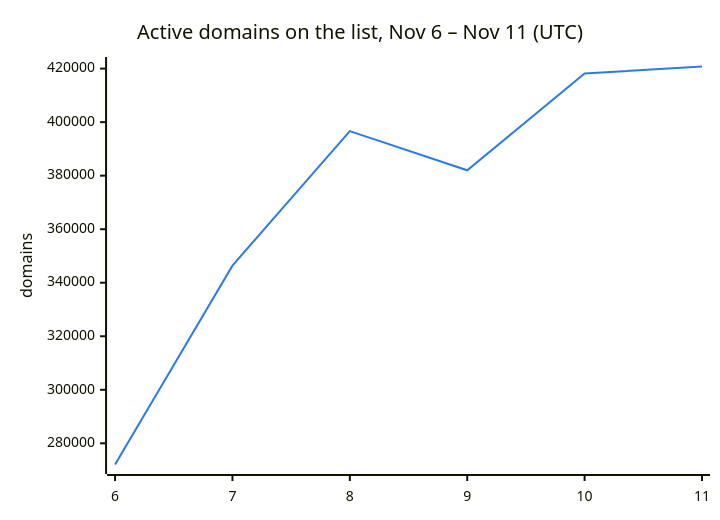
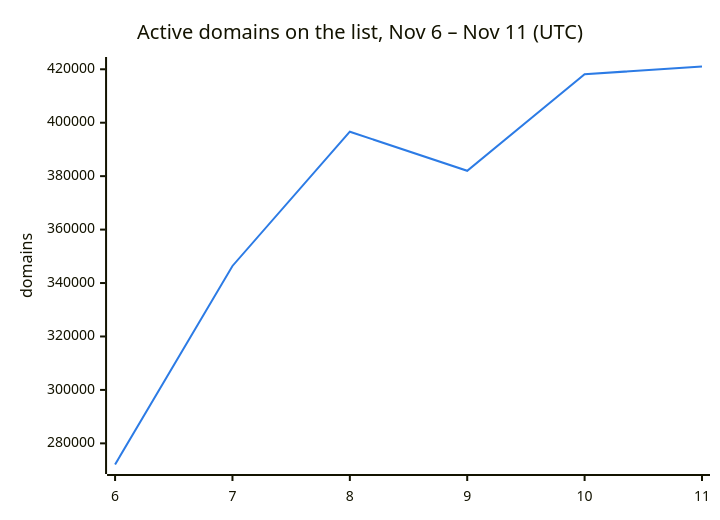
The second of 3 diagrams in README.md (DNSBunker/CTI), drawn with Mermaid before and after one commit. The commit also changed other lines of this file and 3 other files, not shown here.

````diff
--- a/README.md
+++ b/README.md
@@ -38,8 +38,8 @@
 ```mermaid
 %%{init: {"themeVariables": {"xyChart": {"plotColorPalette": "#2c7be5"}}}}%%
 xychart-beta
     title "Active domains on the list, Nov 6 – Nov 11 (UTC)"
     x-axis ["6", "7", "8", "9", "10", "11"]
     y-axis "domains"
-    line [272088, 346388, 396638, 382009, 418143, 420786]
+    line [272088, 346388, 396638, 382009, 418143, 421037]
 ```
````
